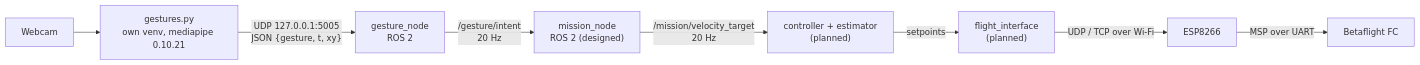
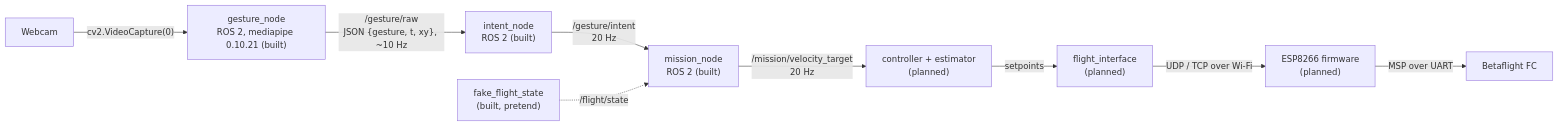
The first of 2 diagrams in docs/PraticalPlan/06 Gestures/00 Gesture Pipeline.md (SEAME-pt/SEA-ME_Team1_ROSRangers), drawn with Mermaid before and after one commit. The commit also changed other lines of this file and 16 other files, not shown here.

````diff
--- a/docs/PraticalPlan/06 Gestures/00 Gesture Pipeline.md
+++ b/docs/PraticalPlan/06 Gestures/00 Gesture Pipeline.md
@@ -29,10 +29,11 @@
 ```mermaid
 flowchart LR
-  W[Webcam] --> R["gestures.py<br/>own venv, mediapipe 0.10.21"]
-  R -->|"UDP 127.0.0.1:5005<br/>JSON {gesture, t, xy}"| G["gesture_node<br/>ROS 2"]
-  G -->|"/gesture/intent<br/>20 Hz"| M["mission_node<br/>ROS 2 (designed)"]
+  W[Webcam] -->|"cv2.VideoCapture(0)"| R["gesture_node<br/>ROS 2, mediapipe 0.10.21 (built)"]
+  R -->|"/gesture/raw<br/>JSON {gesture, t, xy}, ~10 Hz"| G["intent_node<br/>ROS 2 (built)"]
+  G -->|"/gesture/intent<br/>20 Hz"| M["mission_node<br/>ROS 2 (built)"]
+  FFS["fake_flight_state<br/>(built, pretend)"] -.->|"/flight/state"| M
   M -->|"/mission/velocity_target<br/>20 Hz"| C["controller + estimator<br/>(planned)"]
   C -->|setpoints| FI["flight_interface<br/>(planned)"]
-  FI -->|"UDP / TCP over Wi-Fi"| E[ESP8266]
+  FI -->|"UDP / TCP over Wi-Fi"| E["ESP8266 firmware<br/>(planned)"]
   E -->|"MSP over UART"| FC[Betaflight FC]
 ```
````
